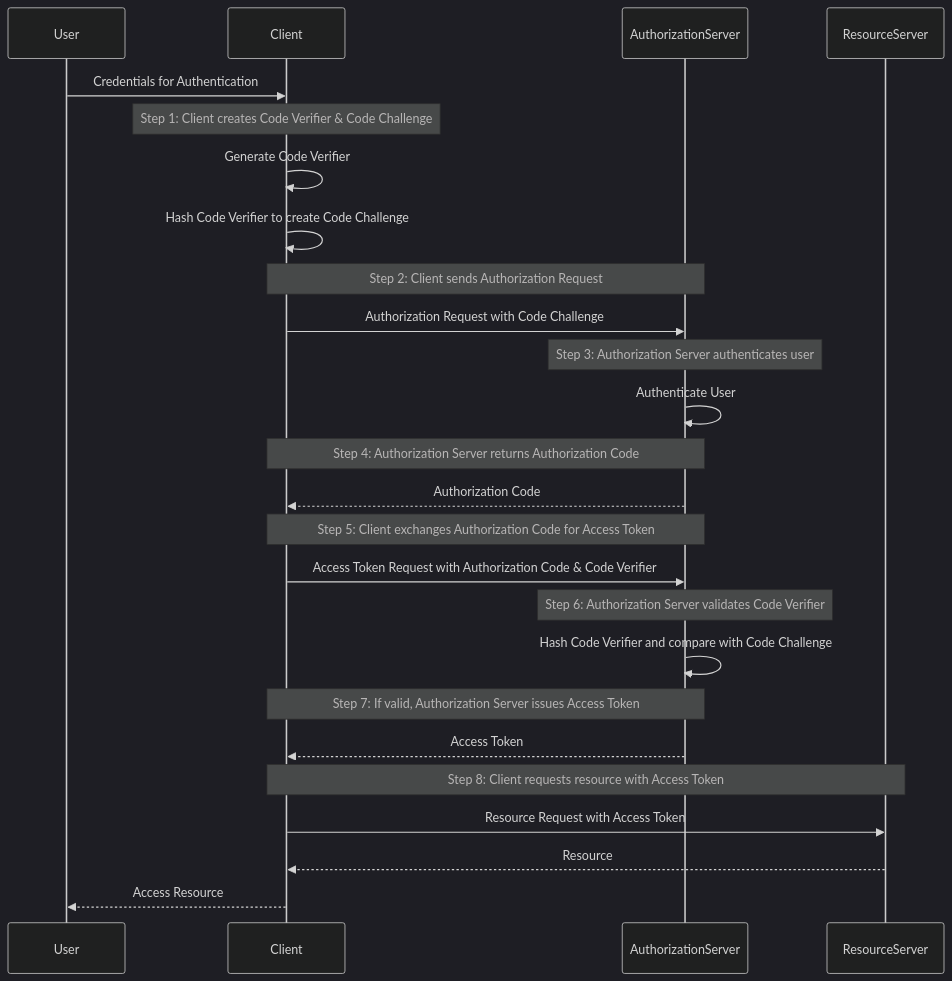
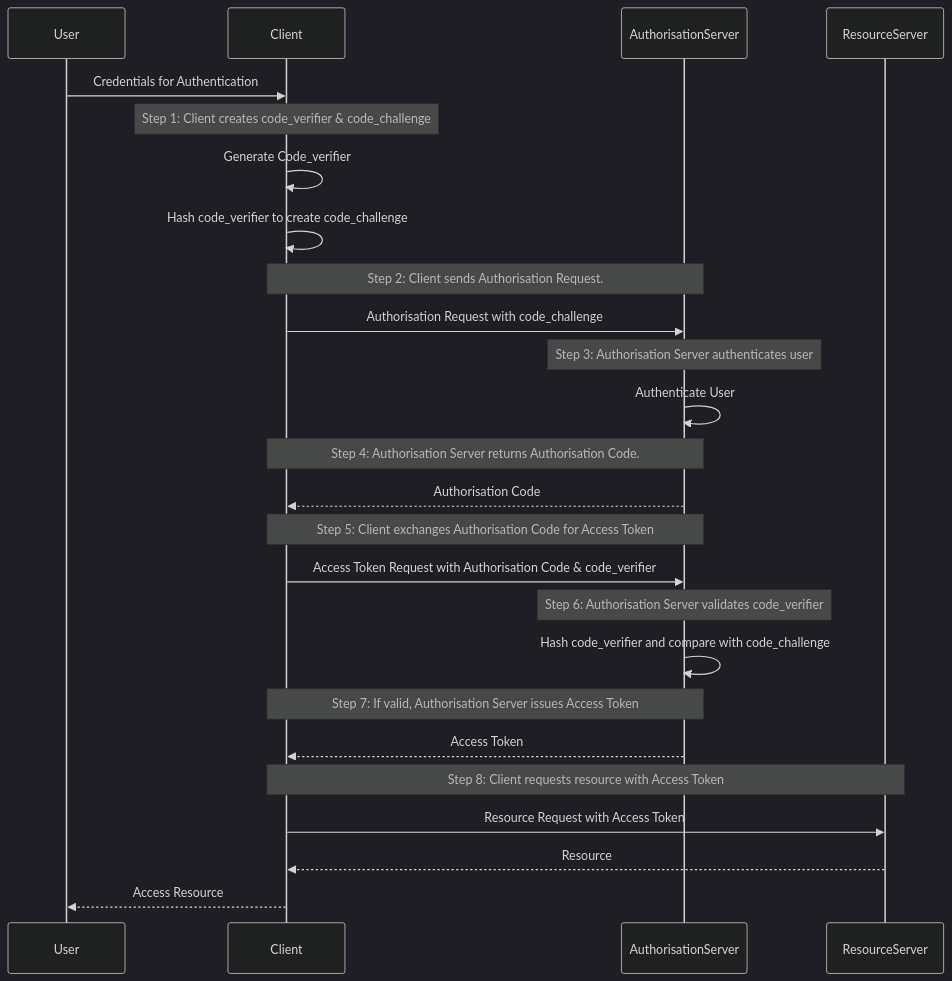
Before and after one commit to prannoymulmi/Msc-Thesis--OIDC: the diagram in mermaid_files/pkce.md, drawn with Mermaid (dark theme). The commit also changed 4 other files, not shown here.

Commit message:
Changed mermaid files

````diff
--- a/mermaid_files/pkce.md
+++ b/mermaid_files/pkce.md
@@ -1,35 +1,35 @@
 ```mermaid
 sequenceDiagram
     participant User as User
     participant Client
-    participant AuthorizationServer
+    participant AuthorisationServer
     participant ResourceServer
 
     User->>Client:Credentials for Authentication
-    Note over Client: Step 1: Client creates Code Verifier & Code Challenge
-    Client->>Client: Generate Code Verifier
-    Client->>Client: Hash Code Verifier to create Code Challenge
+    Note over Client: Step 1: Client creates code_verifier & code_challenge
+    Client->>Client: Generate Code_verifier
+    Client->>Client: Hash code_verifier to create code_challenge
 
-    Note over Client,AuthorizationServer: Step 2: Client sends Authorization Request
-    Client->>AuthorizationServer: Authorization Request with Code Challenge
+    Note over Client,AuthorisationServer: Step 2: Client sends Authorisation Request.
+    Client->>AuthorisationServer: Authorisation Request with code_challenge
 
-    Note over AuthorizationServer: Step 3: Authorization Server authenticates user
-    AuthorizationServer->>AuthorizationServer: Authenticate User
+    Note over AuthorisationServer: Step 3: Authorisation Server authenticates user
+    AuthorisationServer->>AuthorisationServer: Authenticate User
 
-    Note over AuthorizationServer,Client: Step 4: Authorization Server returns Authorization Code
-    AuthorizationServer-->>Client: Authorization Code
+    Note over AuthorisationServer,Client: Step 4: Authorisation Server returns Authorisation Code.
+    AuthorisationServer-->>Client: Authorisation Code
 
-    Note over Client,AuthorizationServer: Step 5: Client exchanges Authorization Code for Access Token
-    Client->>AuthorizationServer: Access Token Request with Authorization Code & Code Verifier
+    Note over Client,AuthorisationServer: Step 5: Client exchanges Authorisation Code for Access Token
+    Client->>AuthorisationServer: Access Token Request with Authorisation Code & code_verifier
 
-    Note over AuthorizationServer: Step 6: Authorization Server validates Code Verifier
-    AuthorizationServer->>AuthorizationServer: Hash Code Verifier and compare with Code Challenge
+    Note over AuthorisationServer: Step 6: Authorisation Server validates code_verifier
+    AuthorisationServer->>AuthorisationServer: Hash code_verifier and compare with code_challenge
 
-    Note over AuthorizationServer,Client: Step 7: If valid, Authorization Server issues Access Token
-    AuthorizationServer-->>Client: Access Token
+    Note over AuthorisationServer,Client: Step 7: If valid, Authorisation Server issues Access Token
+    AuthorisationServer-->>Client: Access Token
 
     Note over Client,ResourceServer: Step 8: Client requests resource with Access Token
     Client->>ResourceServer: Resource Request with Access Token
     ResourceServer-->>Client: Resource
     Client-->>User: Access Resource
 ```
````
